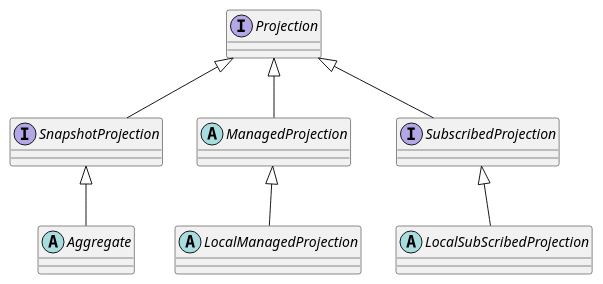
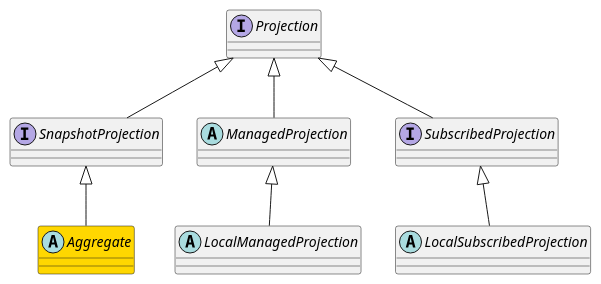
Before and after one commit to factcast/factcast: the diagram in factcast-site/documentation/content/factus/Projections_class.puml, drawn with PlantUML. The commit also changed 12 other files, not shown here.

```diff
--- a/factcast-site/documentation/content/factus/Projections_class.puml
+++ b/factcast-site/documentation/content/factus/Projections_class.puml
@@ -1,24 +1,24 @@
 @startuml
 
 interface Projection
 interface SnapshotProjection
-abstract class Aggregate
+abstract class Aggregate #gold
 
 
 abstract class  ManagedProjection
 abstract class LocalManagedProjection
 
 interface  SubscribedProjection
-abstract class LocalSubScribedProjection
+abstract class LocalSubscribedProjection
 
 Projection <|-- SnapshotProjection
 SnapshotProjection <|-- Aggregate
 
 
 Projection <|-- ManagedProjection
 ManagedProjection <|-- LocalManagedProjection
 
 Projection <|-- SubscribedProjection
-SubscribedProjection  <|-- LocalSubScribedProjection
+SubscribedProjection  <|-- LocalSubscribedProjection
 
 @enduml
```
